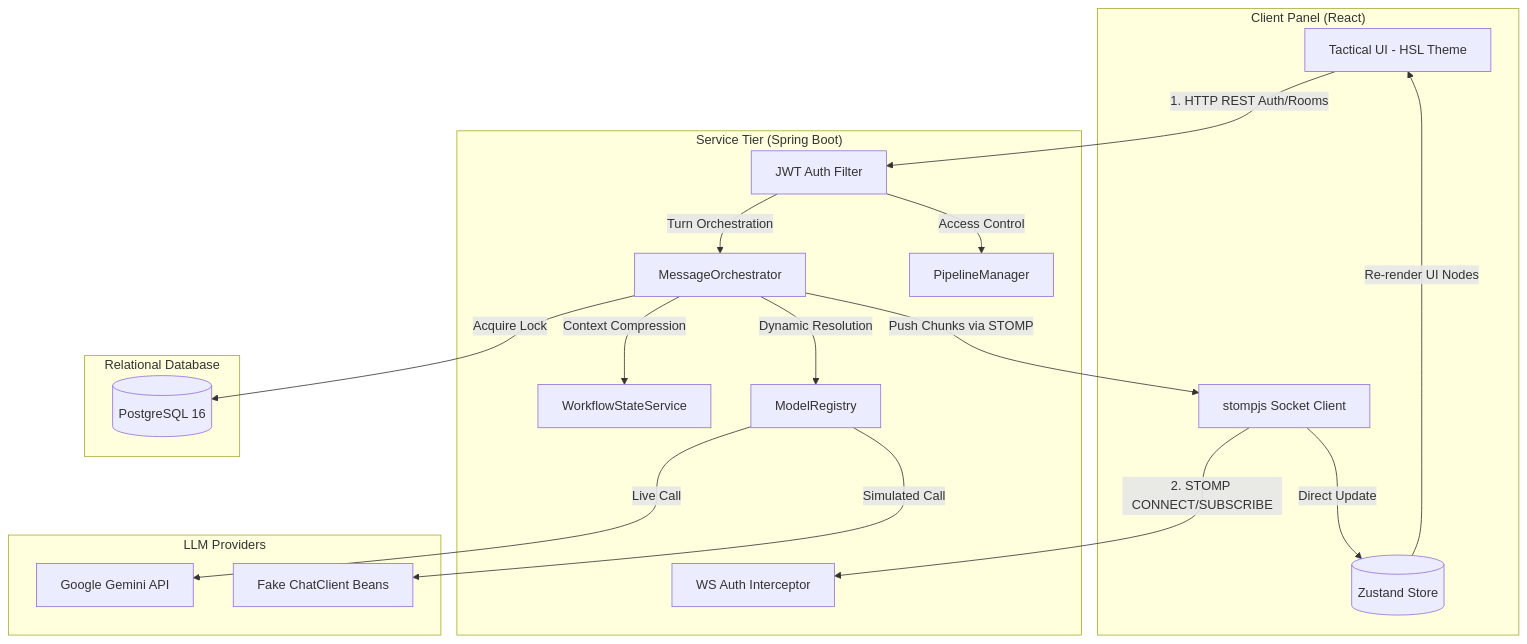
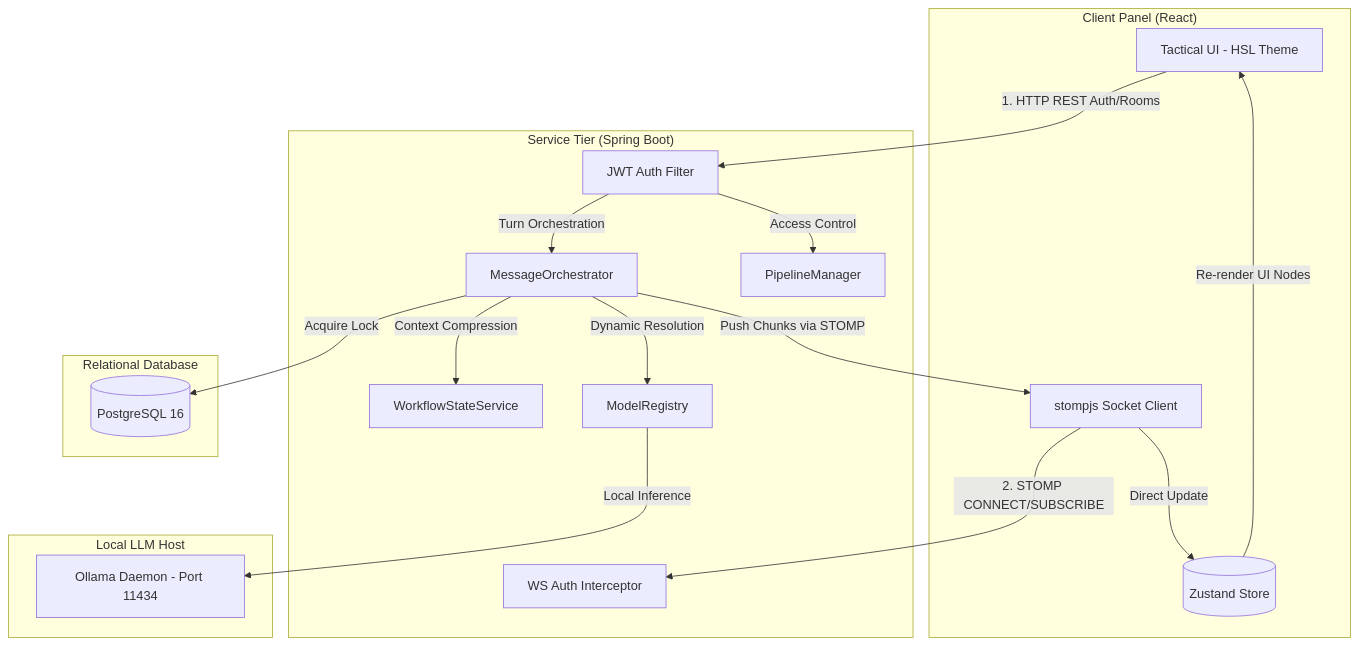
One commit to vaibhv19/Conclave changed the diagram in Docs/Learning/README.md. Above: the diagram before and after it, drawn with Mermaid. The commit also changed other lines of this file and 17 other files, not shown here.

Commit message:
docs: synchronize repository terminology, diagrams, and READMEs with ModelAdapter and local Ollama model architecture

````diff
--- a/Docs/Learning/README.md
+++ b/Docs/Learning/README.md
@@ -13,44 +13,42 @@
 ```mermaid
 graph TB
     subgraph "Client Panel (React)"
         UI[Tactical UI - HSL Theme]
         Zustand[(Zustand Store)]
         Stomp[stompjs Socket Client]
     end
 
     subgraph "Service Tier (Spring Boot)"
         SecurityFilter[JWT Auth Filter]
         SocketInterceptor[WS Auth Interceptor]
         Orchestrator[MessageOrchestrator]
         Pipeline[PipelineManager]
         Janitor[WorkflowStateService]
         Registry[ModelRegistry]
     end
 
     subgraph "Relational Database"
         DB[(PostgreSQL 16)]
     end
 
-    subgraph "LLM Providers"
-        Gemini[Google Gemini API]
-        FakeClients[Fake ChatClient Beans]
+    subgraph "Local LLM Host"
+        Ollama[Ollama Daemon - Port 11434]
     end
 
     %% Flow links
     UI -->|1. HTTP REST Auth/Rooms| SecurityFilter
     Stomp -->|2. STOMP CONNECT/SUBSCRIBE| SocketInterceptor
     
     SecurityFilter -->|Access Control| Pipeline
     SecurityFilter -->|Turn Orchestration| Orchestrator
     
     Orchestrator -->|Dynamic Resolution| Registry
     Orchestrator -->|Acquire Lock| DB
     Orchestrator -->|Context Compression| Janitor
     
-    Registry -->|Live Call| Gemini
-    Registry -->|Simulated Call| FakeClients
+    Registry -->|Local Inference| Ollama
     
     Orchestrator -->|Push Chunks via STOMP| Stomp
     Stomp -->|Direct Update| Zustand
     Zustand -->|Re-render UI Nodes| UI
 ```
````
